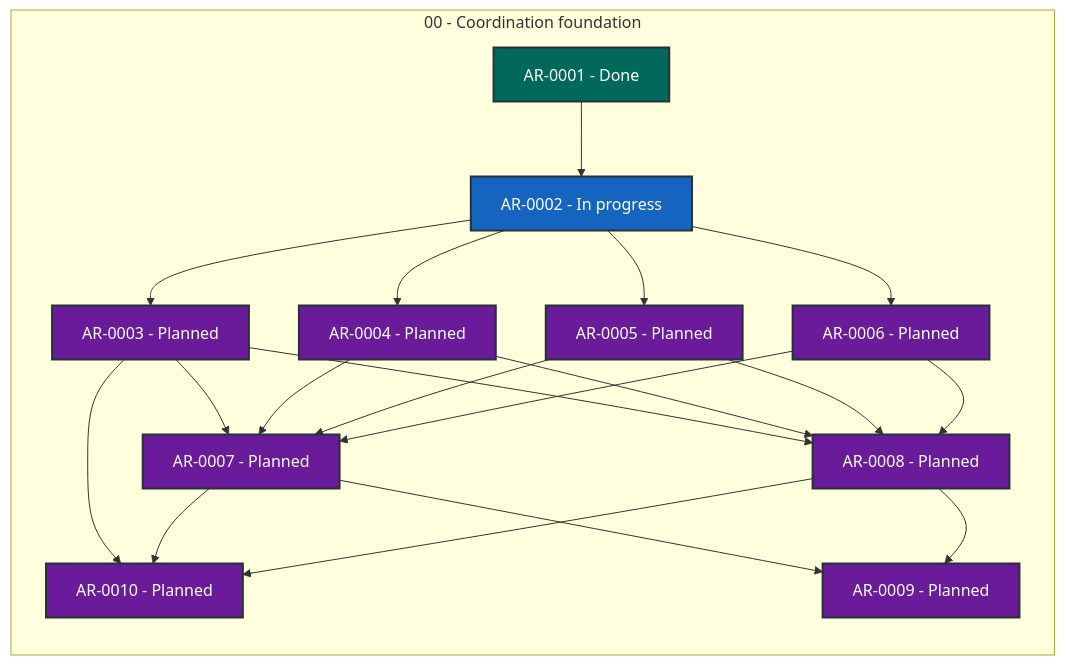
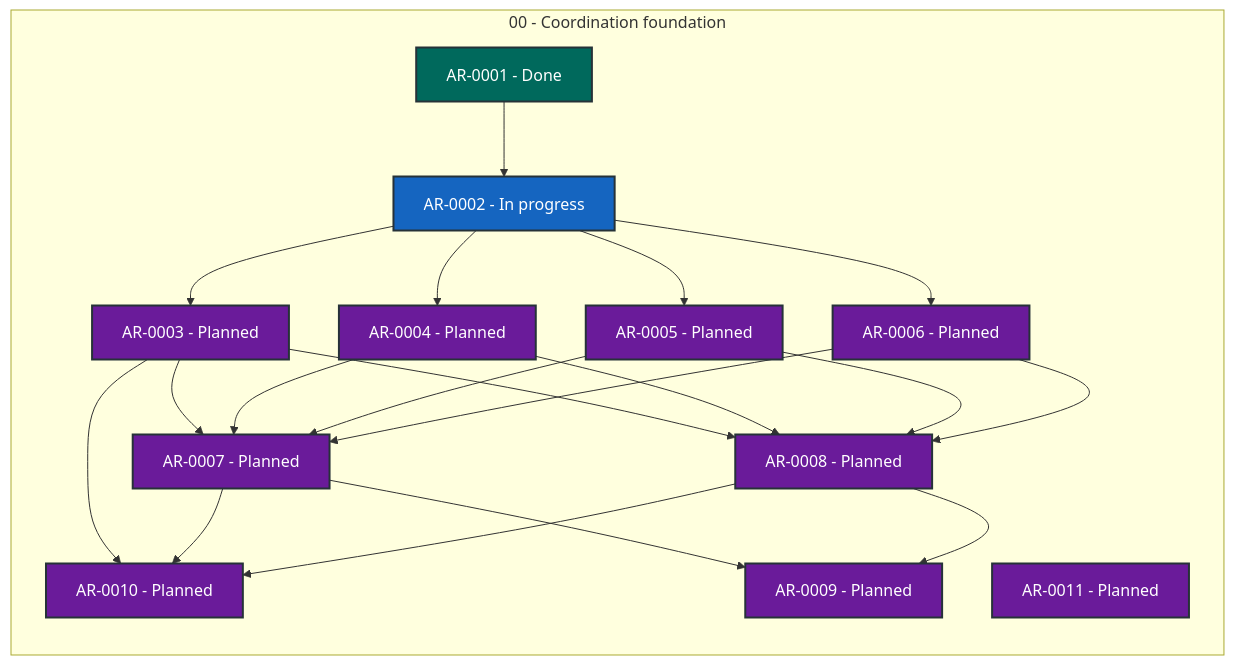
The diagram in STATUS.md (martin-beck/agent-workflow-coordinator-state), drawn with Mermaid before and after one commit. The commit also changed other lines of this file and 2 other files, not shown here.

````diff
--- a/STATUS.md
+++ b/STATUS.md
@@ -27,42 +27,43 @@
 ```mermaid
 flowchart LR
     subgraph series_00["00 - Coordination foundation"]
         direction TB
         AR_0001["AR-0001 - Done"]:::status_done
         AR_0002["AR-0002 - In progress"]:::status_in_progress
         AR_0003["AR-0003 - Planned"]:::status_planned
         AR_0004["AR-0004 - Planned"]:::status_planned
         AR_0005["AR-0005 - Planned"]:::status_planned
         AR_0006["AR-0006 - Planned"]:::status_planned
         AR_0007["AR-0007 - Planned"]:::status_planned
         AR_0008["AR-0008 - Planned"]:::status_planned
         AR_0009["AR-0009 - Planned"]:::status_planned
         AR_0010["AR-0010 - Planned"]:::status_planned
+        AR_0011["AR-0011 - Planned"]:::status_planned
     end
     AR_0001 --> AR_0002
     AR_0002 --> AR_0003
     AR_0002 --> AR_0004
     AR_0002 --> AR_0005
     AR_0002 --> AR_0006
     AR_0003 --> AR_0007
     AR_0003 --> AR_0008
     AR_0003 --> AR_0010
     AR_0004 --> AR_0007
     AR_0004 --> AR_0008
     AR_0005 --> AR_0007
     AR_0005 --> AR_0008
     AR_0006 --> AR_0007
     AR_0006 --> AR_0008
     AR_0007 --> AR_0009
     AR_0007 --> AR_0010
     AR_0008 --> AR_0009
     AR_0008 --> AR_0010
     classDef status_in_progress fill:#1565c0,color:#ffffff,stroke:#263238,stroke-width:2px
     classDef status_open fill:#2e7d32,color:#ffffff,stroke:#263238,stroke-width:2px
     classDef status_blocked fill:#c62828,color:#ffffff,stroke:#263238,stroke-width:2px
     classDef status_planned fill:#6a1b9a,color:#ffffff,stroke:#263238,stroke-width:2px
     classDef status_future fill:#455a64,color:#ffffff,stroke:#263238,stroke-width:2px
     classDef status_done fill:#00695c,color:#ffffff,stroke:#263238,stroke-width:2px
     classDef status_cancelled fill:#616161,color:#ffffff,stroke:#263238,stroke-width:2px
     classDef status_superseded fill:#5d4037,color:#ffffff,stroke:#263238,stroke-width:2px
 ```
````
